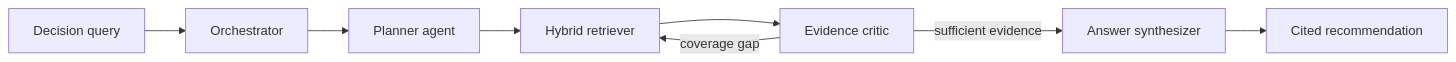
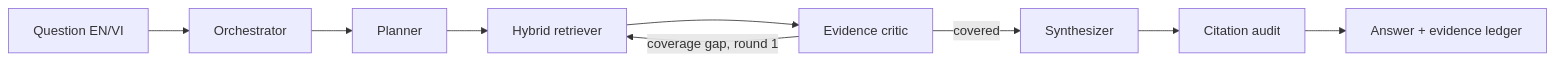
One commit to nguyenddung/atlastrace-agentic-rag changed the diagram in README.md. Above: the diagram before and after it, drawn with Mermaid. The commit also changed other lines of this file and 51 other files, not shown here.

````diff
--- a/README.md
+++ b/README.md
@@ -38,10 +52,11 @@
 ```mermaid
 flowchart LR
-    Q[Decision query] --> O[Orchestrator]
-    O --> P[Planner agent]
+    Q[Question EN/VI] --> O[Orchestrator]
+    O --> P[Planner]
     P --> R[Hybrid retriever]
     R --> C[Evidence critic]
-    C -- coverage gap --> R
-    C -- sufficient evidence --> S[Answer synthesizer]
-    S --> A[Cited recommendation]
+    C -- coverage gap, round 1 --> R
+    C -- covered --> S[Synthesizer]
+    S --> A[Citation audit]
+    A --> X[Answer + evidence ledger]
 ```
````
